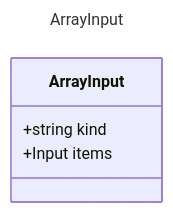
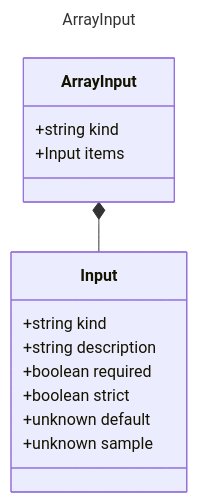
One commit to microsoft/prompty changed the diagram in specification/prompty/docs/ArrayInput.md. Above: the diagram before and after it, drawn with Mermaid. The commit also changed 12 other files, not shown here.

Commit message:
renforced compositional types into diagrams

````diff
--- a/specification/prompty/docs/ArrayInput.md
+++ b/specification/prompty/docs/ArrayInput.md
@@ -8,10 +8,19 @@
 ```mermaid
 ---
 title: ArrayInput
 ---
 classDiagram
     class ArrayInput {
         +string kind
         +Input items
     }
+    class Input {
+        +string kind
+        +string description
+        +boolean required
+        +boolean strict
+        +unknown default
+        +unknown sample
+    }
+    ArrayInput *-- Input
 ```
````
